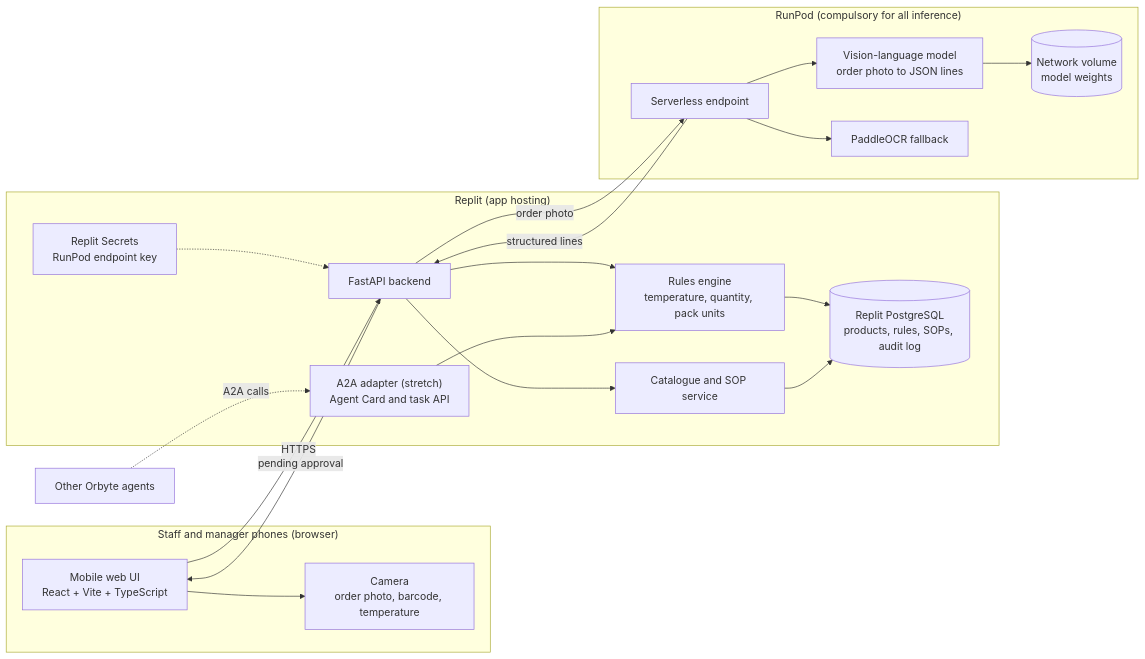
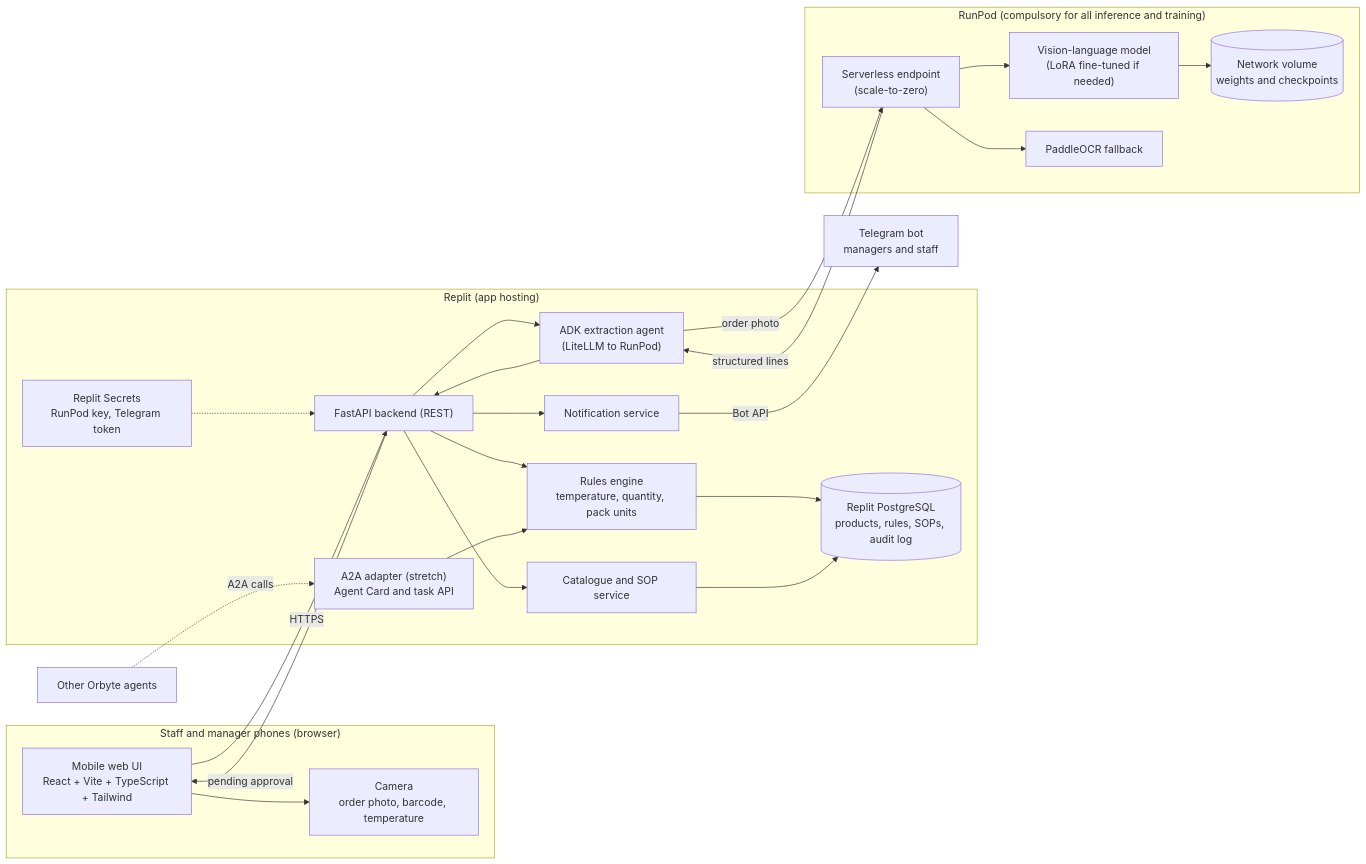
Before and after one commit to Dellrall/SOPBox: the diagram in 1st_proposal.md, drawn with Mermaid. The commit also changed other lines of this file, not shown here.

````diff
--- a/1st_proposal.md
+++ b/1st_proposal.md
@@ -81,41 +89,48 @@
 ```mermaid
 flowchart LR
   subgraph Client["Staff and manager phones (browser)"]
-    UI["Mobile web UI<br/>React + Vite + TypeScript"]
+    UI["Mobile web UI<br/>React + Vite + TypeScript + Tailwind"]
     CAM["Camera<br/>order photo, barcode, temperature"]
   end
 
   subgraph Replit["Replit (app hosting)"]
-    API["FastAPI backend"]
+    API["FastAPI backend (REST)"]
+    ADK["ADK extraction agent<br/>(LiteLLM to RunPod)"]
     RULES["Rules engine<br/>temperature, quantity, pack units"]
     CAT["Catalogue and SOP service"]
+    NOTIF["Notification service"]
     A2A["A2A adapter (stretch)<br/>Agent Card and task API"]
     DB[("Replit PostgreSQL<br/>products, rules, SOPs, audit log")]
-    SECRETS["Replit Secrets<br/>RunPod endpoint key"]
+    SECRETS["Replit Secrets<br/>RunPod key, Telegram token"]
   end
 
-  subgraph RunPod["RunPod (compulsory for all inference)"]
-    EP["Serverless endpoint"]
-    VLM["Vision-language model<br/>order photo to JSON lines"]
+  subgraph RunPod["RunPod (compulsory for all inference and training)"]
+    EP["Serverless endpoint<br/>(scale-to-zero)"]
+    VLM["Vision-language model<br/>(LoRA fine-tuned if needed)"]
     OCR["PaddleOCR fallback"]
-    VOL[("Network volume<br/>model weights")]
+    VOL[("Network volume<br/>weights and checkpoints")]
   end
 
+  TG["Telegram bot<br/>managers and staff"]
   ORB["Other Orbyte agents"]
 
   UI --> CAM
   UI -->|HTTPS| API
+  API --> ADK
   API --> RULES
   API --> CAT
   RULES --> DB
   CAT --> DB
-  API -->|order photo| EP
+  ADK -->|order photo| EP
   EP --> VLM
   EP --> OCR
   VLM --> VOL
-  EP -->|structured lines| API
+  EP -->|structured lines| ADK
+  ADK --> API
   API -->|pending approval| UI
+  API --> NOTIF
+  NOTIF -->|Bot API| TG
   A2A --> RULES
   ORB -.->|A2A calls| A2A
   SECRETS -.-> API
 ```
````
